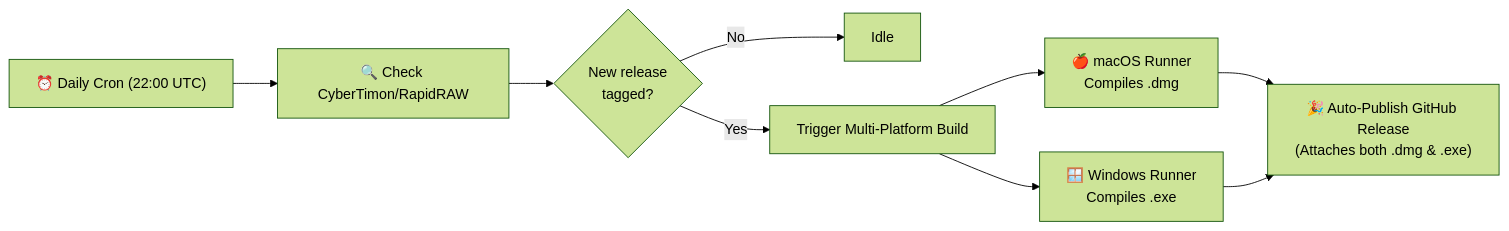
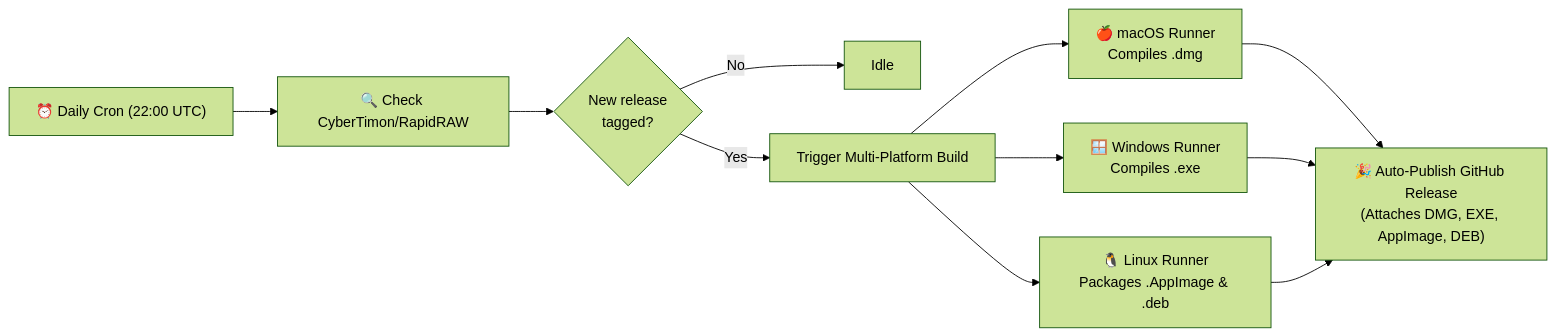
Before and after one commit to puneetrane1811/rapidraw-creative-export-borders-and-grids: the diagram in README.md, drawn with Mermaid (forest theme). The commit also changed other lines of this file and 2 other files, not shown here.

Commit message:
feat(linux): add Linux build workflow (.AppImage & .deb) and update CI/CD matrix

````diff
--- a/README.md
+++ b/README.md
@@ -141,11 +160,13 @@
 ```mermaid
 flowchart LR
     Cron["⏰ Daily Cron (22:00 UTC)"] --> Check["🔍 Check CyberTimon/RapidRAW"]
     Check --> Cond{"New release<br/>tagged?"}
     Cond -- No --> Idle["Idle"]
     Cond -- Yes --> Matrix["Trigger Multi-Platform Build"]
     Matrix --> Mac["🍎 macOS Runner<br/>Compiles .dmg"]
     Matrix --> Win["🪟 Windows Runner<br/>Compiles .exe"]
-    Mac --> Rel["🎉 Auto-Publish GitHub Release<br/>(Attaches both .dmg & .exe)"]
+    Matrix --> Lin["🐧 Linux Runner<br/>Packages .AppImage & .deb"]
+    Mac --> Rel["🎉 Auto-Publish GitHub Release<br/>(Attaches DMG, EXE, AppImage, DEB)"]
     Win --> Rel
+    Lin --> Rel
 ```
````
